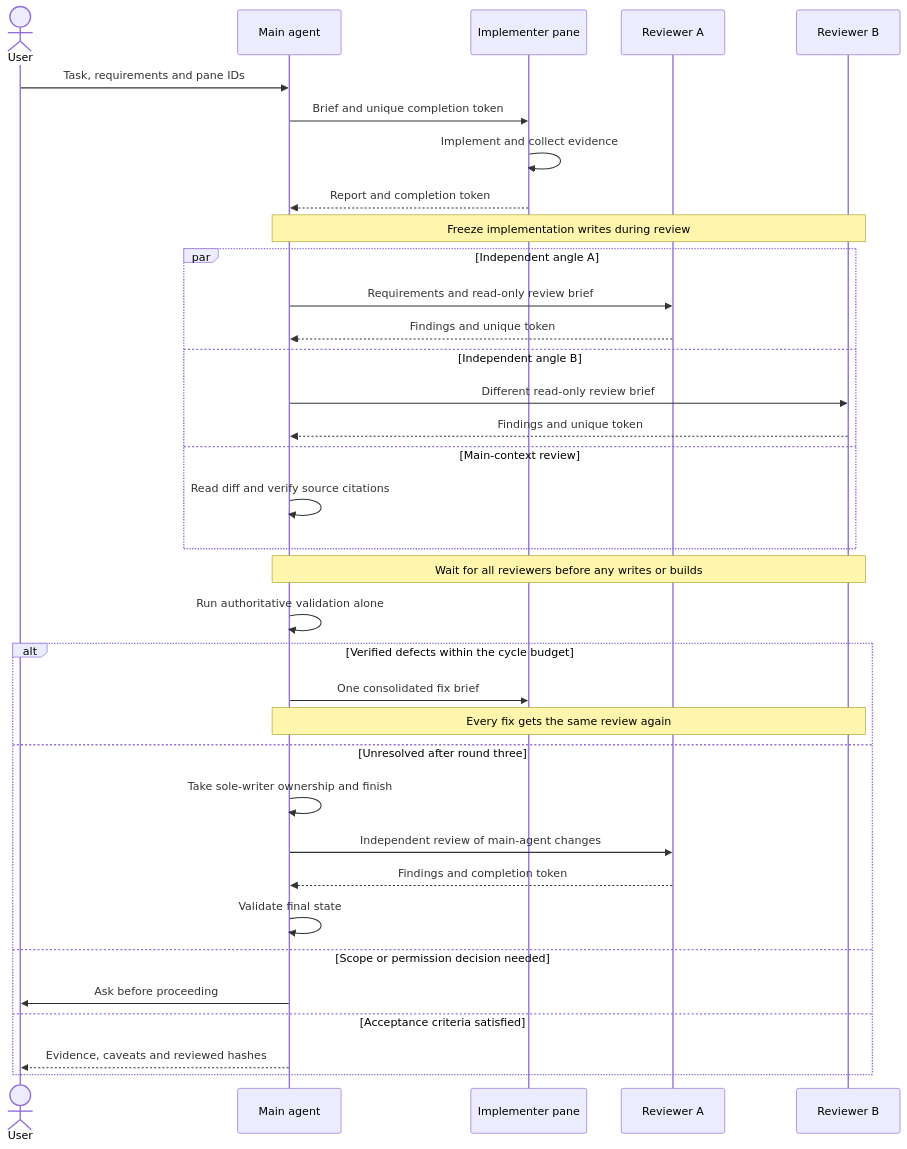
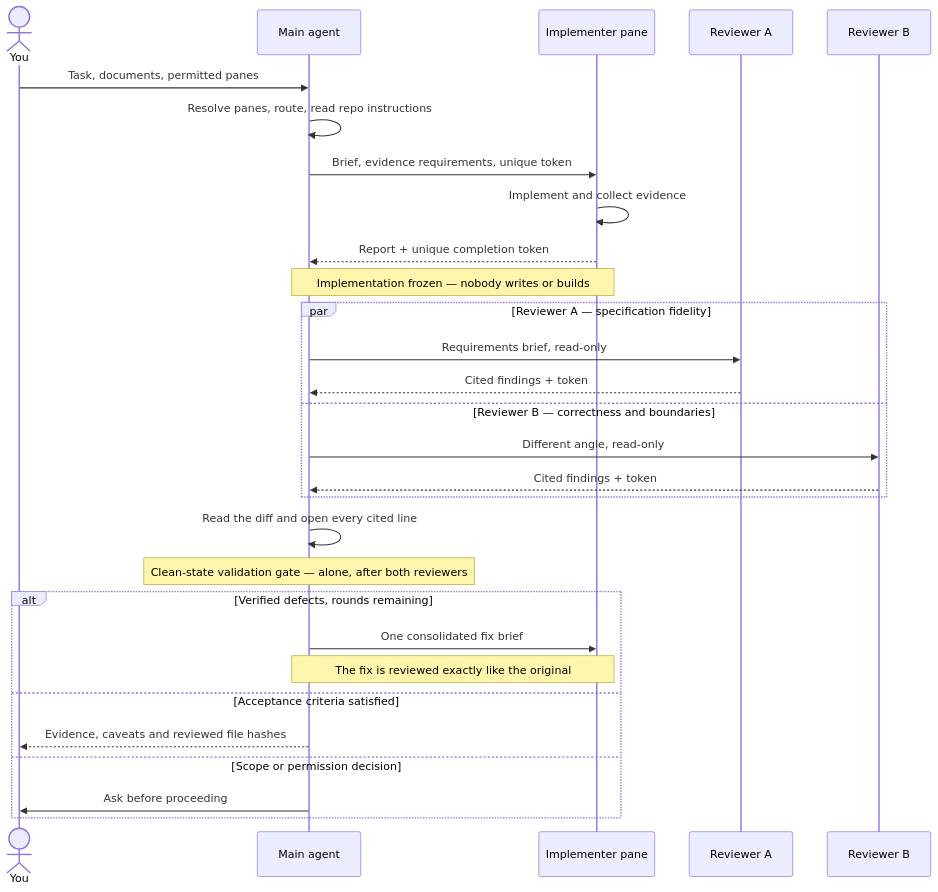
Before and after one commit to alexstrilets/panel: the second of 3 diagrams in README.md, drawn with Mermaid. The commit also changed other lines of this file and 1 other file, not shown here.

````diff
--- a/README.md
+++ b/README.md
@@ -39,37 +92,32 @@
 ```mermaid
 sequenceDiagram
-    actor User
+    actor You
     participant Main as Main agent
     participant Impl as Implementer pane
     participant A as Reviewer A
     participant B as Reviewer B
-    User->>Main: Task, requirements and pane IDs
-    Main->>Impl: Brief and unique completion token
+
+    You->>Main: Task, documents, permitted panes
+    Main->>Main: Resolve panes, route, read repo instructions
+    Main->>Impl: Brief, evidence requirements, unique token
     Impl->>Impl: Implement and collect evidence
-    Impl-->>Main: Report and completion token
-    Note over Main,B: Freeze implementation writes during review
-    par Independent angle A
-        Main->>A: Requirements and read-only review brief
-        A-->>Main: Findings and unique token
-    and Independent angle B
-        Main->>B: Different read-only review brief
-        B-->>Main: Findings and unique token
-    and Main-context review
-        Main->>Main: Read diff and verify source citations
+    Impl-->>Main: Report + unique completion token
+    Note over Main,Impl: Implementation frozen — nobody writes or builds
+    par Reviewer A — specification fidelity
+        Main->>A: Requirements brief, read-only
+        A-->>Main: Cited findings + token
+    and Reviewer B — correctness and boundaries
+        Main->>B: Different angle, read-only
+        B-->>Main: Cited findings + token
     end
-    Note over Main,B: Wait for all reviewers before any writes or builds
-    Main->>Main: Run authoritative validation alone
-    alt Verified defects within the cycle budget
+    Main->>Main: Read the diff and open every cited line
+    Note over Main: Clean-state validation gate — alone, after both reviewers
+    alt Verified defects, rounds remaining
         Main->>Impl: One consolidated fix brief
-        Note over Main,B: Every fix gets the same review again
-    else Unresolved after round three
-        Main->>Main: Take sole-writer ownership and finish
-        Main->>A: Independent review of main-agent changes
-        A-->>Main: Findings and completion token
-        Main->>Main: Validate final state
-    else Scope or permission decision needed
-        Main->>User: Ask before proceeding
+        Note over Main,Impl: The fix is reviewed exactly like the original
     else Acceptance criteria satisfied
-        Main-->>User: Evidence, caveats and reviewed hashes
+        Main-->>You: Evidence, caveats and reviewed file hashes
+    else Scope or permission decision
+        Main->>You: Ask before proceeding
     end
 ```
````
